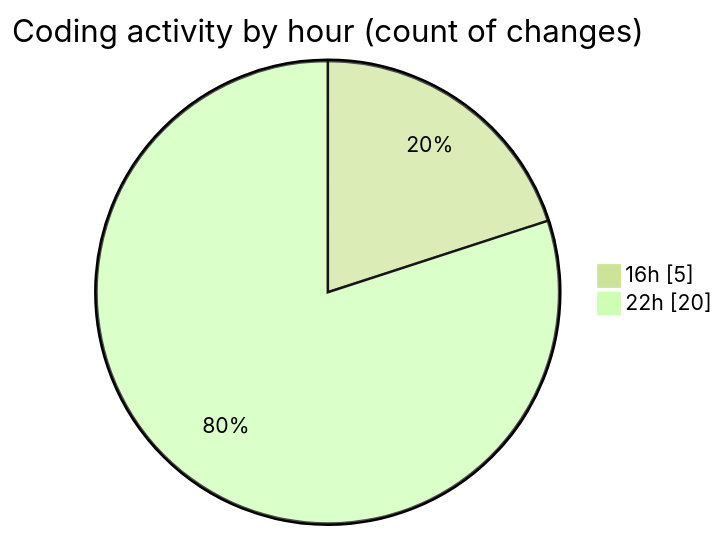
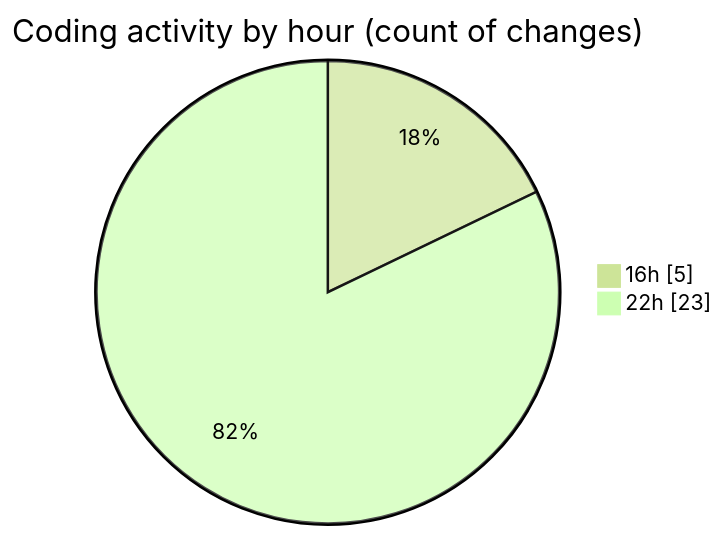
One commit to robertbonfada/code-tracking changed the second of 2 diagrams in 2025-03-18/peregrino-web/README.md. Above: the diagram before and after it, drawn with Mermaid (forest theme). The commit also changed other lines of this file and 1 other file, not shown here.

````diff
--- a/2025-03-18/peregrino-web/README.md
+++ b/2025-03-18/peregrino-web/README.md
@@ -37,6 +38,6 @@
 ```mermaid
 pie showData
 title Coding activity by hour (count of changes)
 "16h" : 5
-"22h" : 20
+"22h" : 23
 ```
````
